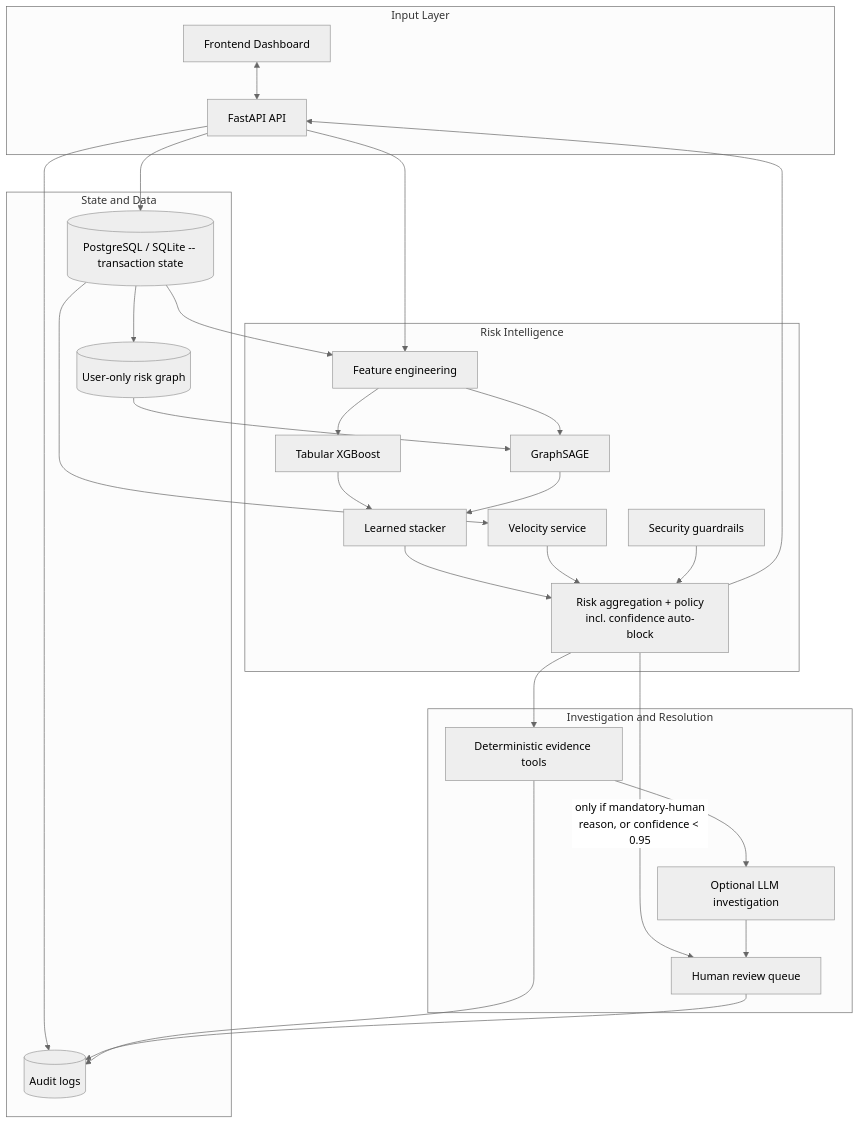
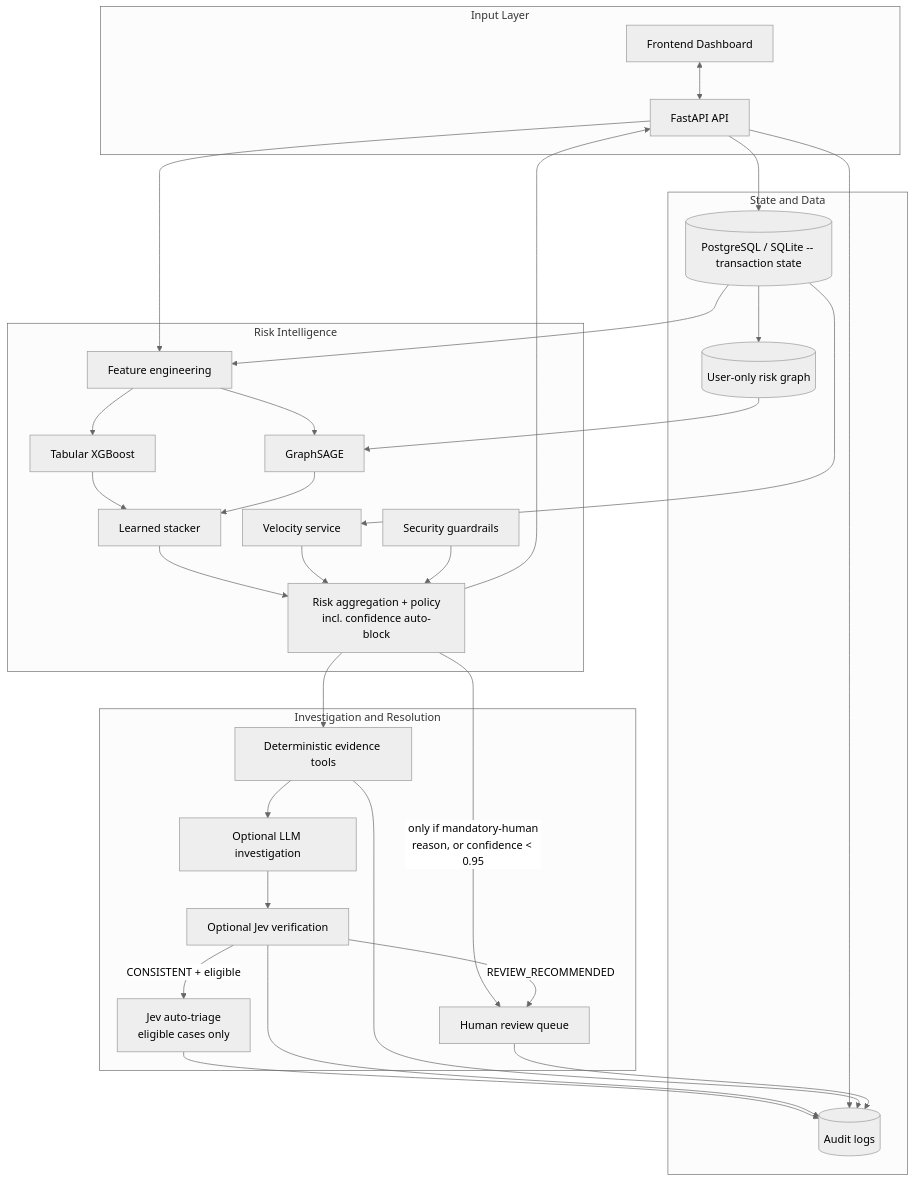
One commit to Dikshu015/RazorRisk-Agentic-AI-Payment-Fraud-Risk-Investigation-Platform changed the diagram in docs/diagrams/system-structure.mmd. Above: the diagram before and after it, drawn with Mermaid (neutral theme).

Commit message:
Update system diagram for Jev

```diff
--- a/docs/diagrams/system-structure.mmd
+++ b/docs/diagrams/system-structure.mmd
@@ -1,51 +1,57 @@
 %%{init: {'flowchart': {'nodeSpacing': 32, 'rankSpacing': 55}}}%%
 flowchart TB
     subgraph Input[Input Layer]
         UI[Frontend Dashboard]
         API[FastAPI API]
     end
 
     subgraph State[State and Data]
         DB[(PostgreSQL / SQLite -- transaction state)]
         GRAPH[(User-only risk graph)]
         AUDIT[(Audit logs)]
     end
 
     subgraph Intelligence[Risk Intelligence]
         FE[Feature engineering]
         TAB[Tabular XGBoost]
         GNN[GraphSAGE]
         STACK[Learned stacker]
         VEL[Velocity service]
         GUARD[Security guardrails]
         POLICY[Risk aggregation + policy<br/>incl. confidence auto-block]
     end
 
     subgraph Investigation[Investigation and Resolution]
         EVID[Deterministic evidence tools]
         LLM[Optional LLM investigation]
+        JEV[Optional Jev verification]
         HITL[Human review queue]
+        AUTO[Jev auto-triage<br/>eligible cases only]
     end
 
     UI <--> API
     API --> FE
     API --> DB
     DB --> FE
     DB --> VEL
     DB --> GRAPH
     FE --> TAB
     FE --> GNN
     GRAPH --> GNN
     TAB --> STACK
     GNN --> STACK
     STACK --> POLICY
     VEL --> POLICY
     GUARD --> POLICY
     POLICY --> API
     POLICY --> EVID
     POLICY -->|"only if mandatory-human<br/>reason, or confidence < 0.95"| HITL
     EVID --> LLM
-    LLM --> HITL
+    LLM --> JEV
+    JEV -->|REVIEW_RECOMMENDED| HITL
+    JEV -->|CONSISTENT + eligible| AUTO
+    AUTO --> AUDIT
+    JEV --> AUDIT
     API --> AUDIT
     EVID --> AUDIT
     HITL --> AUDIT
```
